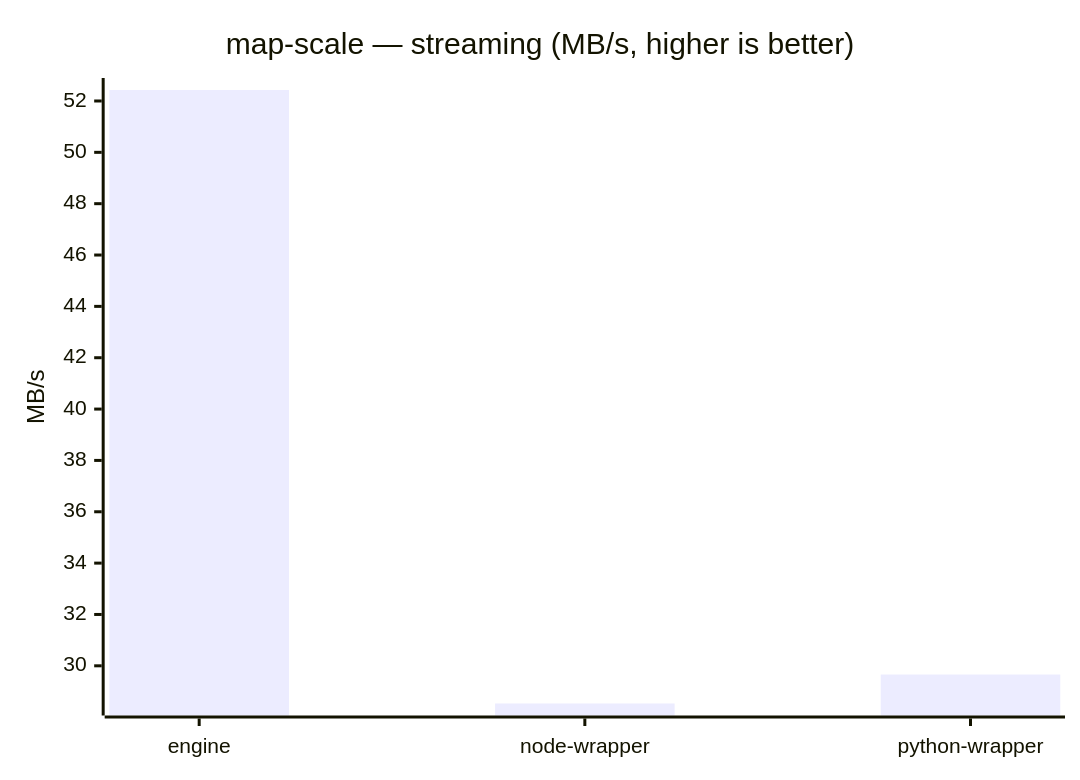
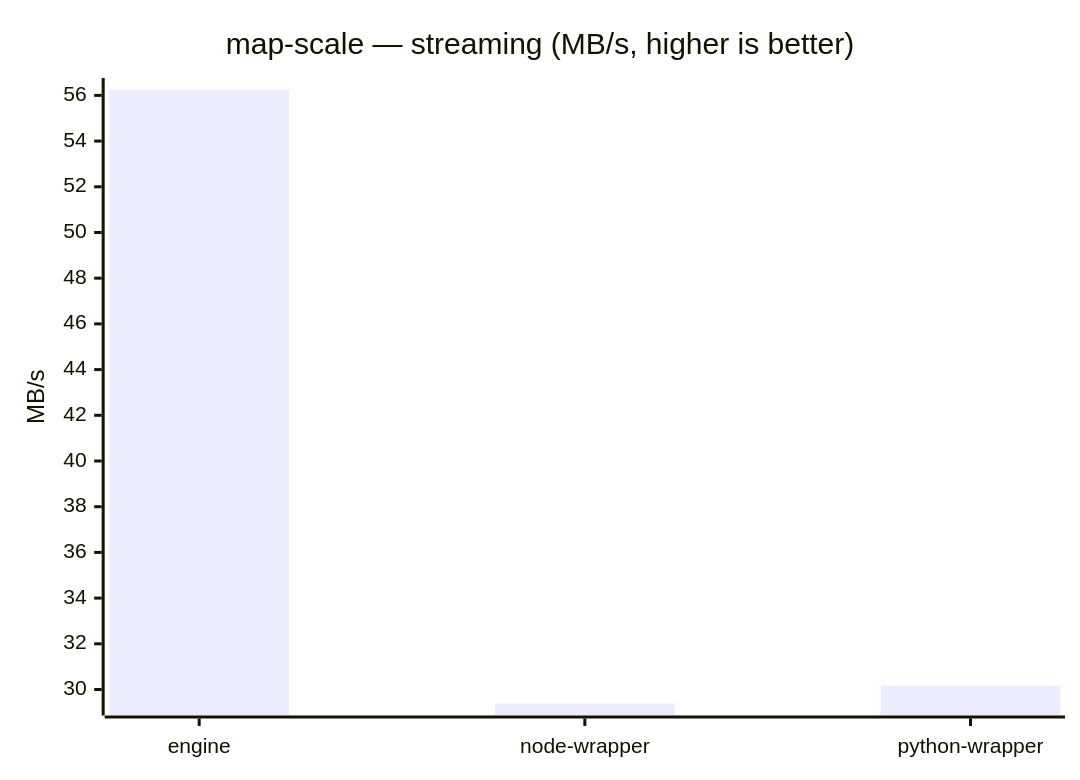
The eighth of 23 diagrams in benchmarks/report/RESULTS.md (mulesoft/data-weave-cli), drawn with Mermaid before and after one commit. The commit also changed other lines of this file, not shown here.

````diff
--- a/benchmarks/report/RESULTS.md
+++ b/benchmarks/report/RESULTS.md
@@ -106,7 +106,7 @@
 ```mermaid
 xychart-beta
     title "map-scale — streaming (MB/s, higher is better)"
     x-axis ["engine", "node-wrapper", "python-wrapper"]
     y-axis "MB/s"
-    bar [52.428, 28.532, 29.66]
+    bar [56.235, 29.388, 30.166]
 ```
````
